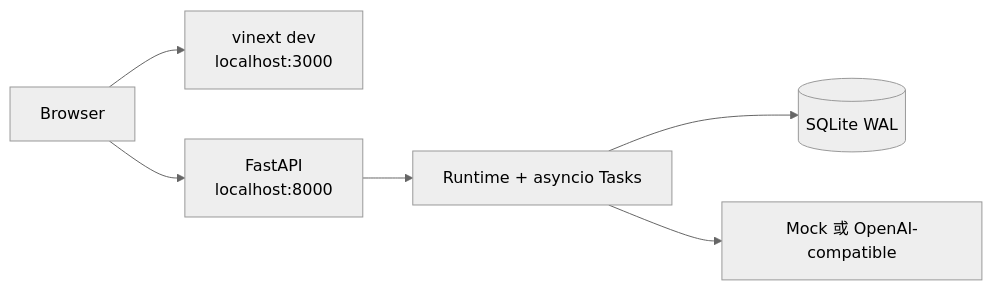
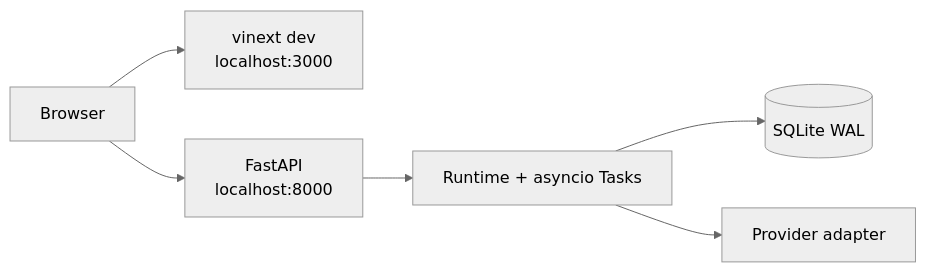
One commit to 414960701/uai changed the first of 3 diagrams in docs/architecture/deployment.md. Above: the diagram before and after it, drawn with Mermaid (neutral theme). The commit also changed other lines of this file and 83 other files, not shown here.

````diff
--- a/docs/architecture/deployment.md
+++ b/docs/architecture/deployment.md
@@ -22,8 +22,8 @@
 ```mermaid
 flowchart LR
   Browser["Browser"] --> Web["vinext dev<br/>localhost:3000"]
   Browser --> API["FastAPI<br/>localhost:8000"]
   API --> Runtime["Runtime + asyncio Tasks"]
   Runtime --> DB[("SQLite WAL")]
-  Runtime --> Provider["Mock 或 OpenAI-compatible"]
+  Runtime --> Provider["Provider adapter"]
 ```
````
